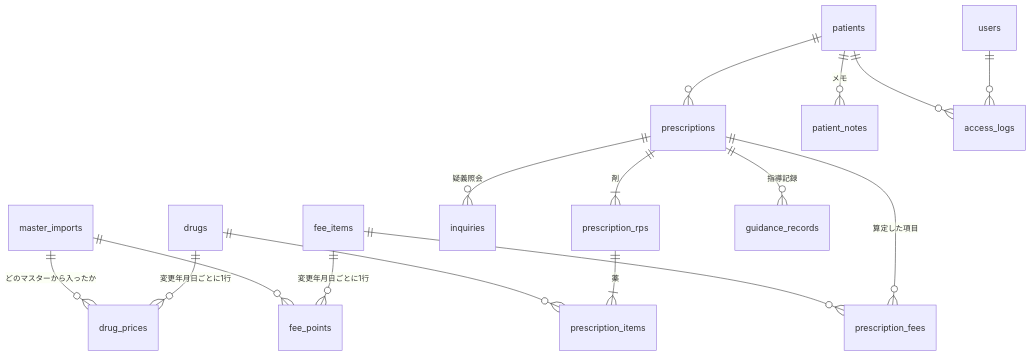
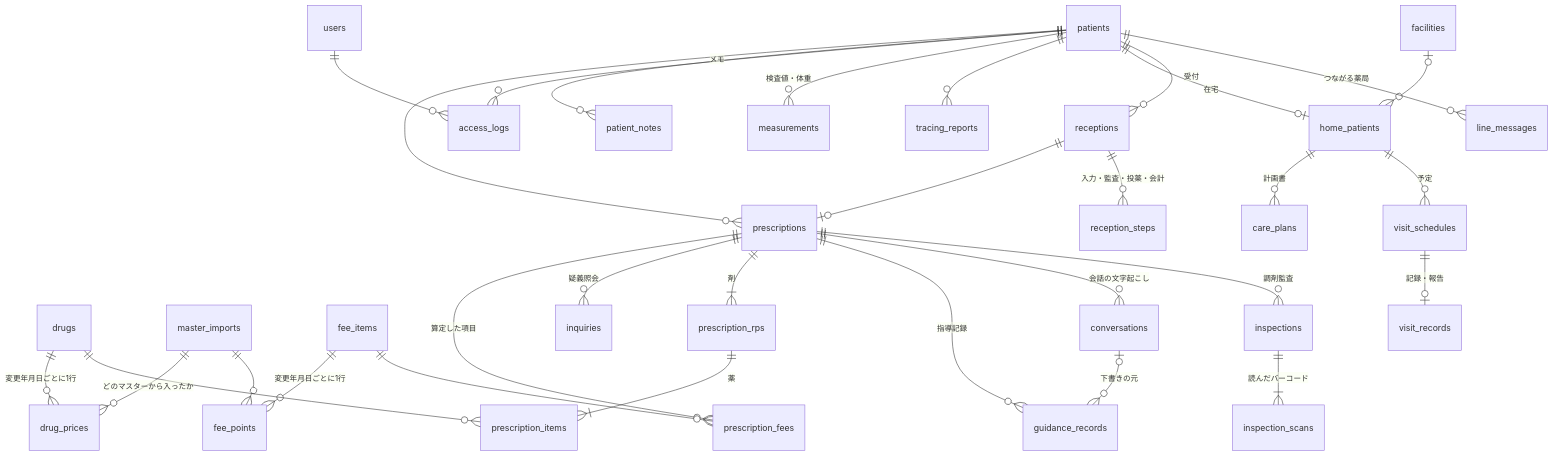
The third of 3 diagrams in README.md (Raion613/pharmacy-app), drawn with Mermaid before and after one commit. The commit also changed other lines of this file and 91 other files, not shown here.

````diff
--- a/README.md
+++ b/README.md
@@ -241,18 +275,33 @@
 ```mermaid
 erDiagram
   drugs ||--o{ drug_prices : "変更年月日ごとに1行"
   master_imports ||--o{ drug_prices : "どのマスターから入ったか"
   fee_items ||--o{ fee_points : "変更年月日ごとに1行"
   master_imports ||--o{ fee_points : ""
   prescriptions ||--o{ prescription_fees : "算定した項目"
   fee_items ||--o{ prescription_fees : ""
   prescriptions ||--o{ inquiries : "疑義照会"
   patients ||--o{ prescriptions : ""
   prescriptions ||--|{ prescription_rps : "剤"
   prescription_rps ||--|{ prescription_items : "薬"
   drugs ||--o{ prescription_items : ""
   patients ||--o{ patient_notes : "メモ"
   prescriptions ||--o{ guidance_records : "指導記録"
   users ||--o{ access_logs : ""
   patients ||--o{ access_logs : ""
+  patients ||--o{ measurements : "検査値・体重"
+  prescriptions ||--o{ conversations : "会話の文字起こし"
+  conversations |o--o{ guidance_records : "下書きの元"
+  patients ||--o{ tracing_reports : ""
+  patients ||--o| home_patients : "在宅"
+  facilities |o--o{ home_patients : ""
+  home_patients ||--o{ care_plans : "計画書"
+  home_patients ||--o{ visit_schedules : "予定"
+  visit_schedules ||--o| visit_records : "記録・報告"
+  patients ||--o{ receptions : "受付"
+  receptions ||--o| prescriptions : ""
+  receptions ||--o{ reception_steps : "入力・監査・投薬・会計"
+  prescriptions ||--o{ inspections : "調剤監査"
+  inspections ||--|{ inspection_scans : "読んだバーコード"
+  patients ||--o{ line_messages : "つながる薬局"
 ```
````
